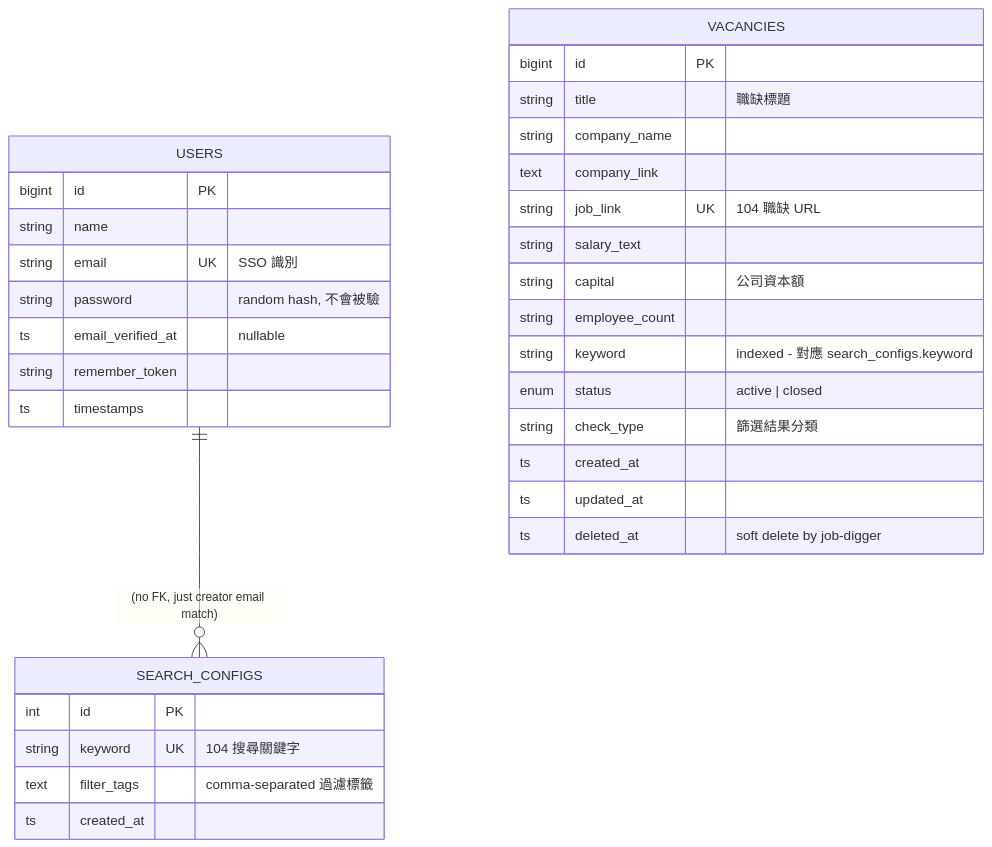
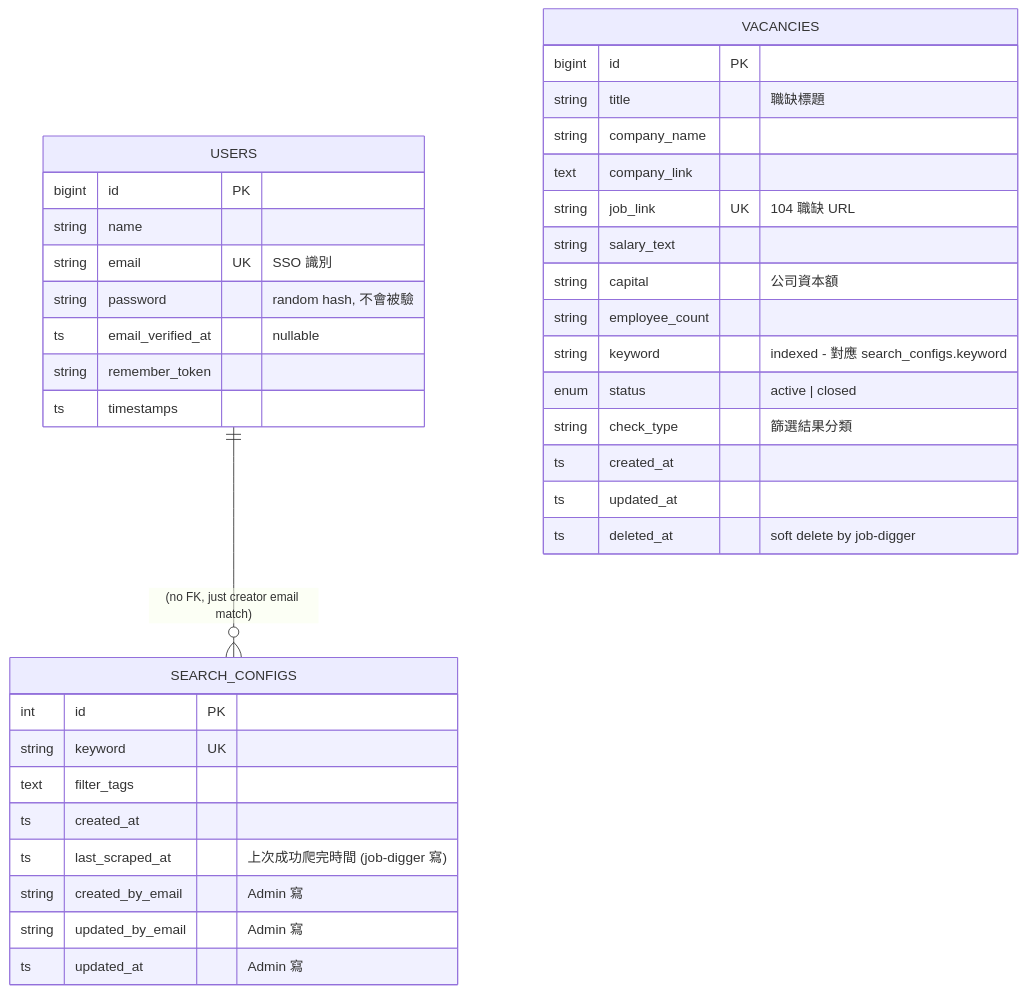
Before and after one commit to jacky0996/job_digger_admin: the diagram in docs/data-model.md, drawn with Mermaid. The commit also changed other lines of this file and 16 other files, not shown here.

````diff
--- a/docs/data-model.md
+++ b/docs/data-model.md
@@ -16,38 +16,42 @@
 ```mermaid
 erDiagram
     USERS ||--o{ SEARCH_CONFIGS : "(no FK, just creator email match)"
 
     USERS {
         bigint   id PK
         string   name
         string   email UK "SSO 識別"
         string   password "random hash, 不會被驗"
         ts       email_verified_at "nullable"
         string   remember_token
         ts       timestamps
     }
 
     SEARCH_CONFIGS {
         int      id PK
-        string   keyword UK "104 搜尋關鍵字"
-        text     filter_tags "comma-separated 過濾標籤"
+        string   keyword UK
+        text     filter_tags
         ts       created_at
+        ts       last_scraped_at "上次成功爬完時間 (job-digger 寫)"
+        string   created_by_email "Admin 寫"
+        string   updated_by_email "Admin 寫"
+        ts       updated_at "Admin 寫"
     }
 
     VACANCIES {
         bigint   id PK
         string   title "職缺標題"
         string   company_name
         text     company_link
         string   job_link UK "104 職缺 URL"
         string   salary_text
         string   capital "公司資本額"
         string   employee_count
         string   keyword "indexed - 對應 search_configs.keyword"
         enum     status "active | closed"
         string   check_type "篩選結果分類"
         ts       created_at
         ts       updated_at
         ts       deleted_at "soft delete by job-digger"
     }
 ```
````
